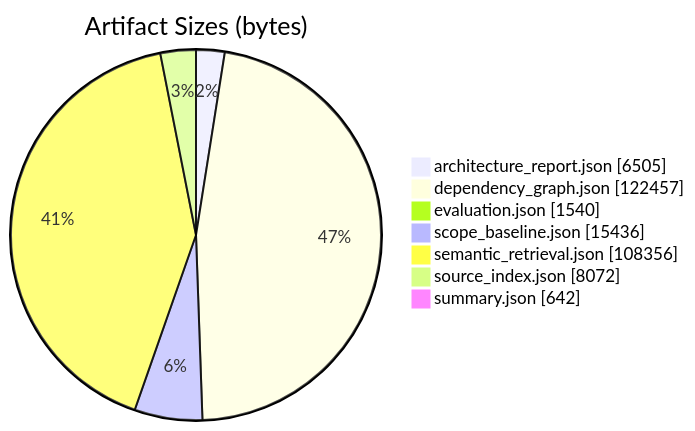
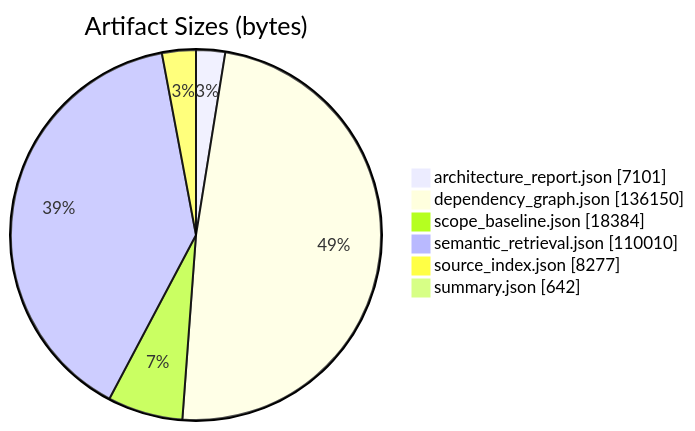
Before and after one commit to scl2bp/refactor_cli: the second of 7 diagrams in .refactor/analysis/candidates/report.md, drawn with Mermaid. The commit also changed other lines of this file and 5 other files, not shown here.

````diff
--- a/.refactor/analysis/candidates/report.md
+++ b/.refactor/analysis/candidates/report.md
@@ -115,11 +114,10 @@
 ```mermaid
 pie showData
   title Artifact Sizes (bytes)
-  "architecture_report.json" : 6505
-  "dependency_graph.json" : 122457
-  "evaluation.json" : 1540
-  "scope_baseline.json" : 15436
-  "semantic_retrieval.json" : 108356
-  "source_index.json" : 8072
+  "architecture_report.json" : 7101
+  "dependency_graph.json" : 136150
+  "scope_baseline.json" : 18384
+  "semantic_retrieval.json" : 110010
+  "source_index.json" : 8277
   "summary.json" : 642
 ```
````
